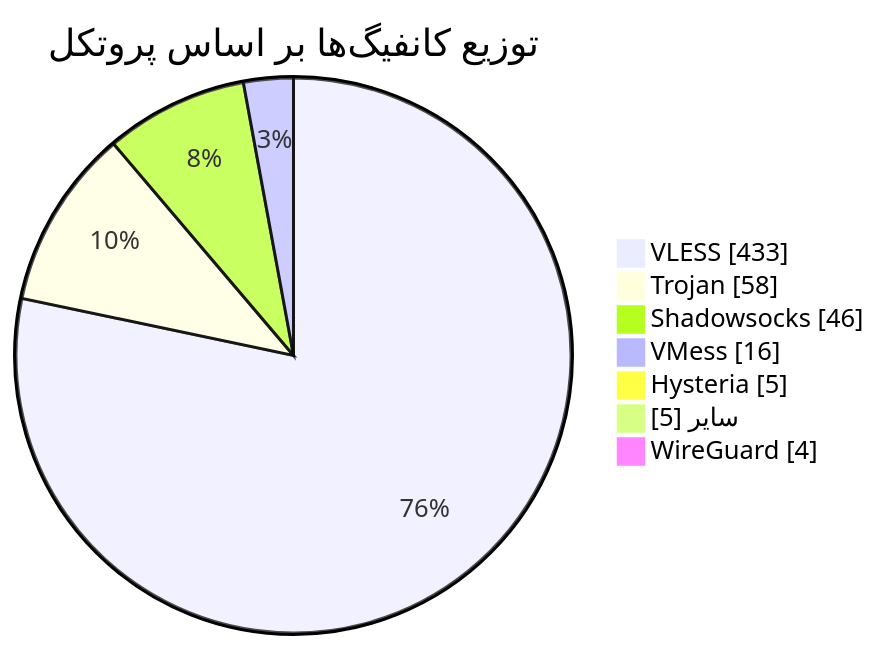
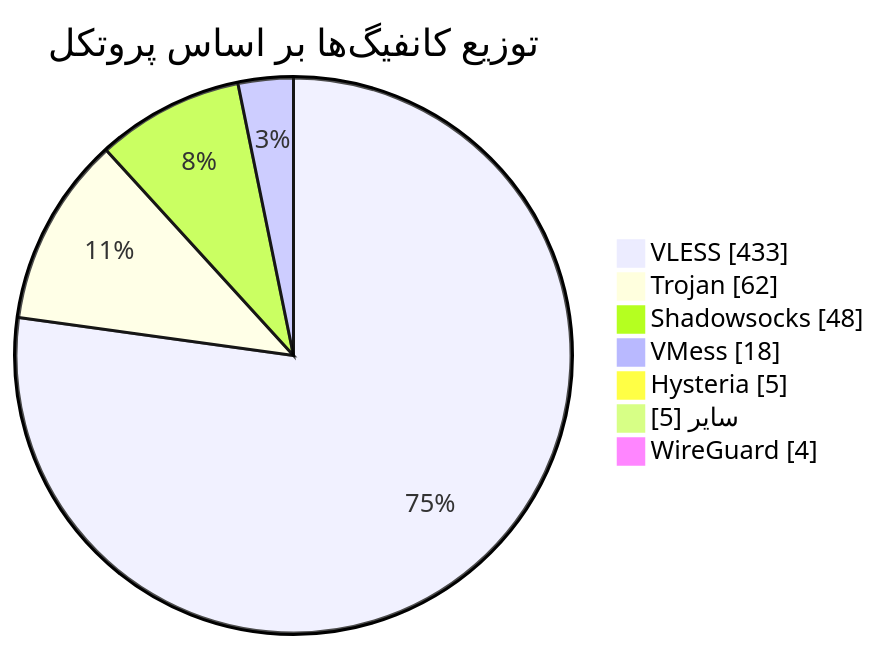
The diagram in README.md (Arian-Alijani/Somthing), drawn with Mermaid before and after one commit. The commit also changed other lines of this file and 15 other files, not shown here.

````diff
--- a/README.md
+++ b/README.md
@@ -49,11 +49,11 @@
 ```mermaid
 pie showData
     title توزیع کانفیگ‌ها بر اساس پروتکل
     "VLESS" : 433
-    "Trojan" : 58
-    "Shadowsocks" : 46
-    "VMess" : 16
+    "Trojan" : 62
+    "Shadowsocks" : 48
+    "VMess" : 18
     "Hysteria" : 5
     "سایر" : 5
     "WireGuard" : 4
 ```
````
